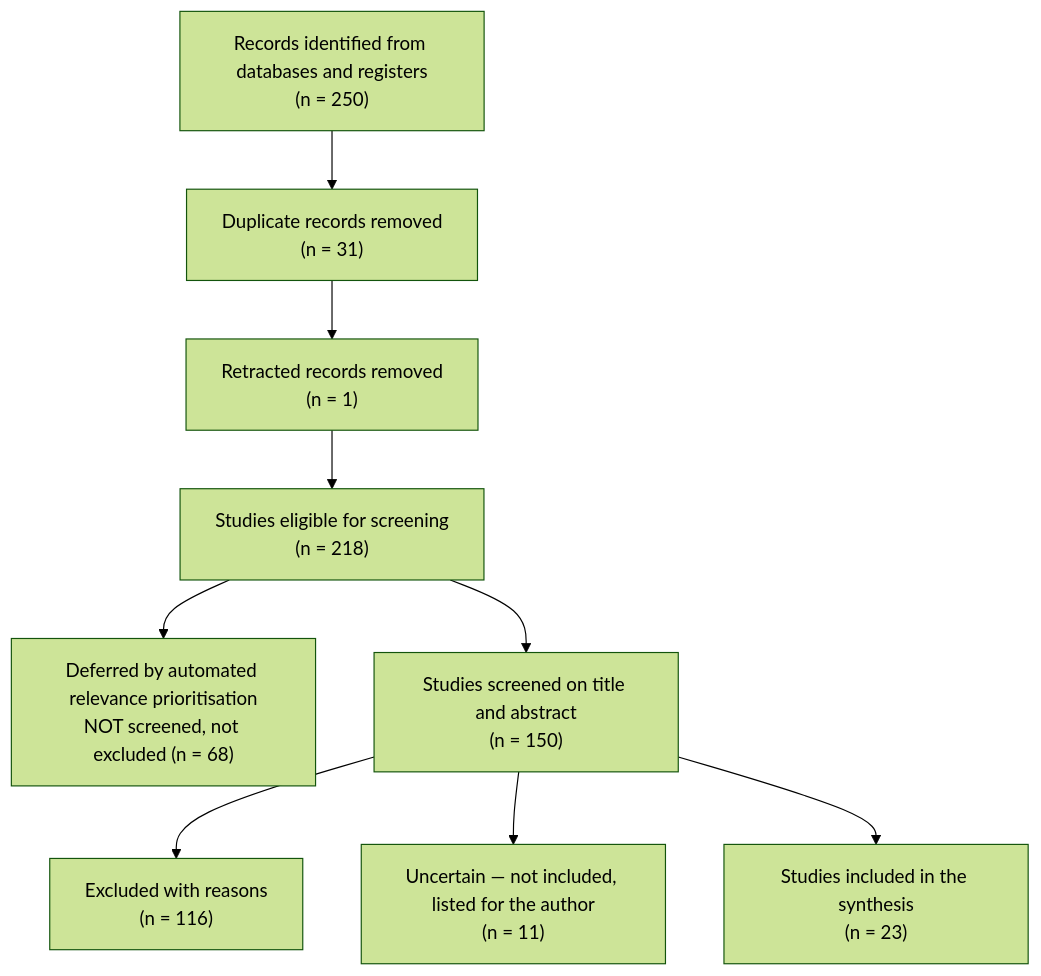
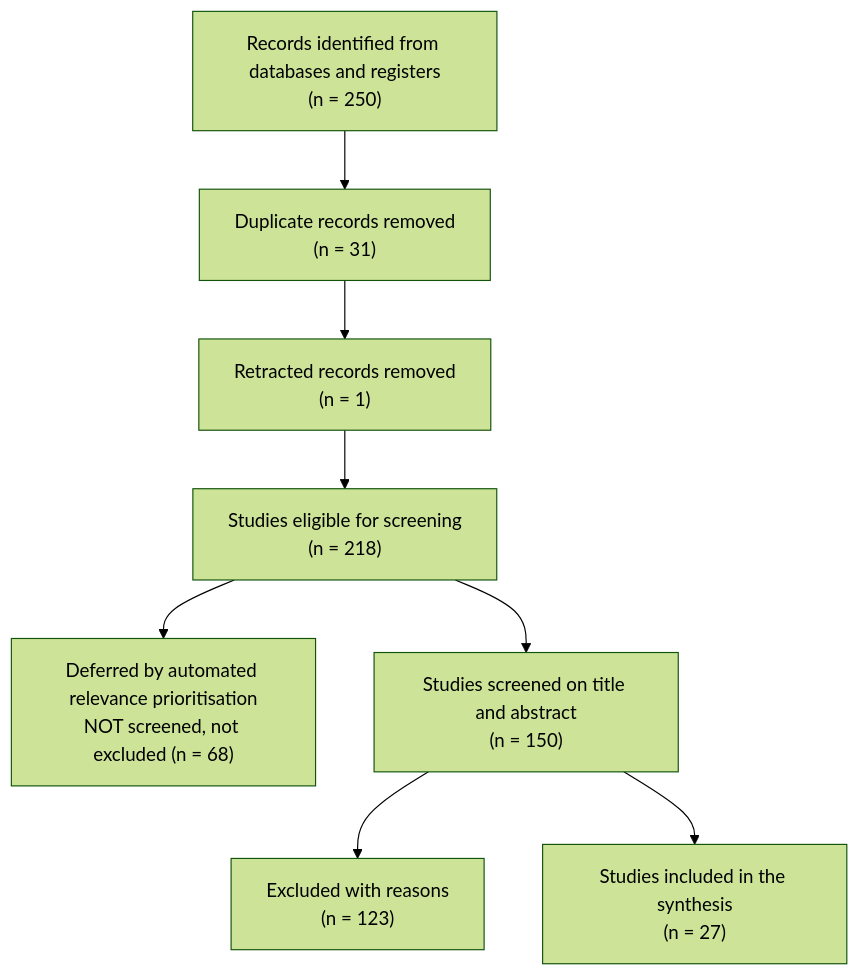
One commit to vphong3192/CLAUDE_MRA_3 changed the diagram in _workspace/02j_prisma.md. Above: the diagram before and after it, drawn with Mermaid (forest theme). The commit also changed other lines of this file and 5 other files, not shown here.

First line of the commit message:
Gate 2b content decisions applied: 4 uncertain included, 7 excluded, full-text/NICE/FDA fallbacks logged

````diff
--- a/_workspace/02j_prisma.md
+++ b/_workspace/02j_prisma.md
@@ -10,20 +10,18 @@
 ```mermaid
 flowchart TD
   A["Records identified from databases and registers<br/>(n = 250)"]
   B["Duplicate records removed<br/>(n = 31)"]
   R["Retracted records removed<br/>(n = 1)"]
   C["Studies eligible for screening<br/>(n = 218)"]
   D["Deferred by automated relevance prioritisation<br/>NOT screened, not excluded (n = 68)"]
   E["Studies screened on title and abstract<br/>(n = 150)"]
-  F["Excluded with reasons<br/>(n = 116)"]
-  M["Uncertain — not included, listed for the author<br/>(n = 11)"]
-  I["Studies included in the synthesis<br/>(n = 23)"]
+  F["Excluded with reasons<br/>(n = 123)"]
+  I["Studies included in the synthesis<br/>(n = 27)"]
   A --> B
   B --> R
   R --> C
   C --> D
   C --> E
   E --> F
-  E --> M
   E --> I
 ```
````
